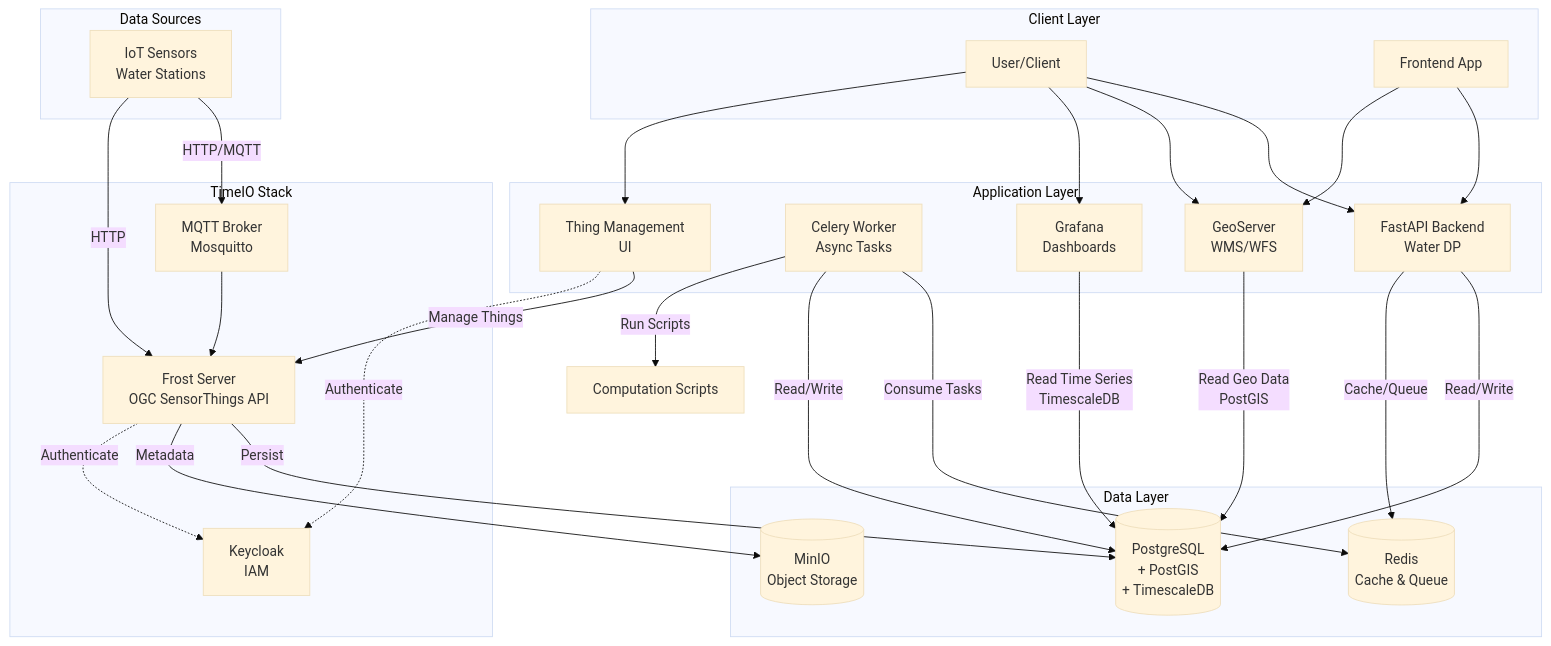
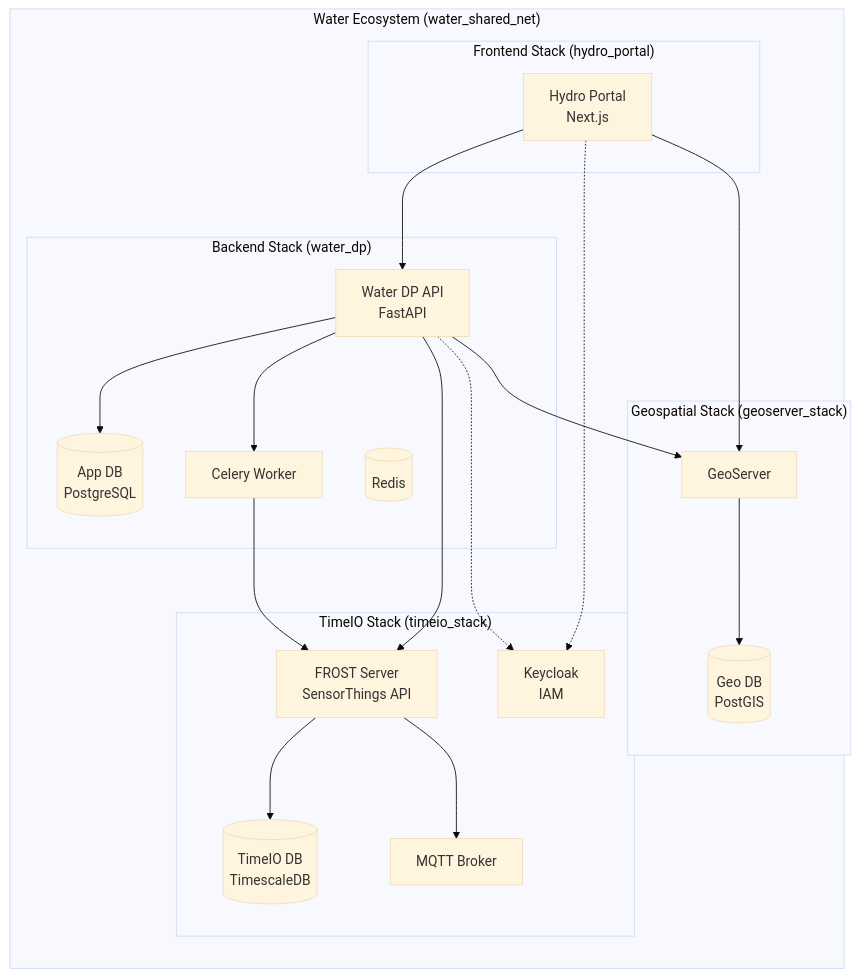
Before and after one commit to Siki-ux/water_dp-api: the diagram in README.md, drawn with Mermaid (base theme). The commit also changed other lines of this file, not shown here.

````diff
--- a/README.md
+++ b/README.md
@@ -235,60 +9,43 @@
 ```mermaid
 graph TB
-    subgraph "Client Layer"
-        User[User/Client]
-        Frontend[Frontend App]
+    subgraph "Water Ecosystem (water_shared_net)"
+        direction TB
+        
+        subgraph "Frontend Stack (hydro_portal)"
+            Portal[Hydro Portal<br/>Next.js]
+        end
+
+        subgraph "Backend Stack (water_dp)"
+            API[Water DP API<br/>FastAPI]
+            Worker[Celery Worker]
+            DB[(App DB<br/>PostgreSQL)]
+            Redis[(Redis)]
+        end
+
+        subgraph "Geospatial Stack (geoserver_stack)"
+            GeoServer[GeoServer]
+            PostGIS[(Geo DB<br/>PostGIS)]
+        end
+
+        subgraph "TimeIO Stack (timeio_stack)"
+            Frost[FROST Server<br/>SensorThings API]
+            TimeDB[(TimeIO DB<br/>TimescaleDB)]
+            MQTT[MQTT Broker]
+            Keycloak[Keycloak<br/>IAM]
+        end
     end
-    
-    subgraph "Application Layer"
-        API[FastAPI Backend<br/>Water DP]
-        Worker[Celery Worker<br/>Async Tasks]
-        GeoServer[GeoServer<br/>WMS/WFS]
-        Grafana[Grafana<br/>Dashboards]
-        ThingMgmt[Thing Management<br/>UI]
-    end
-    
-    subgraph "TimeIO Stack"
-        Frost[Frost Server<br/>OGC SensorThings API]
-        MQTT[MQTT Broker<br/>Mosquitto]
-        Keycloak[Keycloak<br/>IAM]
-    end
-    
-    subgraph "Data Layer"
-        DB[(PostgreSQL<br/>+ PostGIS<br/>+ TimescaleDB)]
-        Redis[(Redis<br/>Cache & Queue)]
-        MinIO[(MinIO<br/>Object Storage)]
-    end
-    
-    subgraph "Data Sources"
-        Sensors[IoT Sensors<br/>Water Stations]
-    end
-    
-    %% User connections
-    User --> API
-    User --> GeoServer
-    User --> Grafana
-    User --> ThingMgmt
-    Frontend --> API
-    Frontend --> GeoServer
-    
-    %% Application layer connections
-    API -->|Read/Write| DB
-    API -->|Cache/Queue| Redis
-    Worker -->|Consume Tasks| Redis
-    Worker -->|Read/Write| DB
-    Worker -->|Run Scripts| Computations[Computation Scripts]
-    GeoServer -->|Read Geo Data<br/>PostGIS| DB
-    Grafana -->|Read Time Series<br/>TimescaleDB| DB
-    ThingMgmt -->|Manage Things| Frost
-    
-    %% TimeIO connections
-    Frost -->|Persist| DB
-    Frost -->|Metadata| MinIO
-    Frost -.->|Authenticate| Keycloak
-    ThingMgmt -.->|Authenticate| Keycloak
-    
-    %% Sensor data flow
-    Sensors -->|HTTP/MQTT| MQTT
-    MQTT --> Frost
-    Sensors -->|HTTP| Frost
+
+    %% Connections
+    Portal --> API
+    Portal --> GeoServer
+    API --> DB
+    API --> Worker
+    API --> Frost
+    API --> GeoServer
+    Worker --> Frost
+    GeoServer --> PostGIS
+    Frost --> TimeDB
+    Frost --> MQTT
+    Portal -.-> Keycloak
+    API -.-> Keycloak
 ```
````
